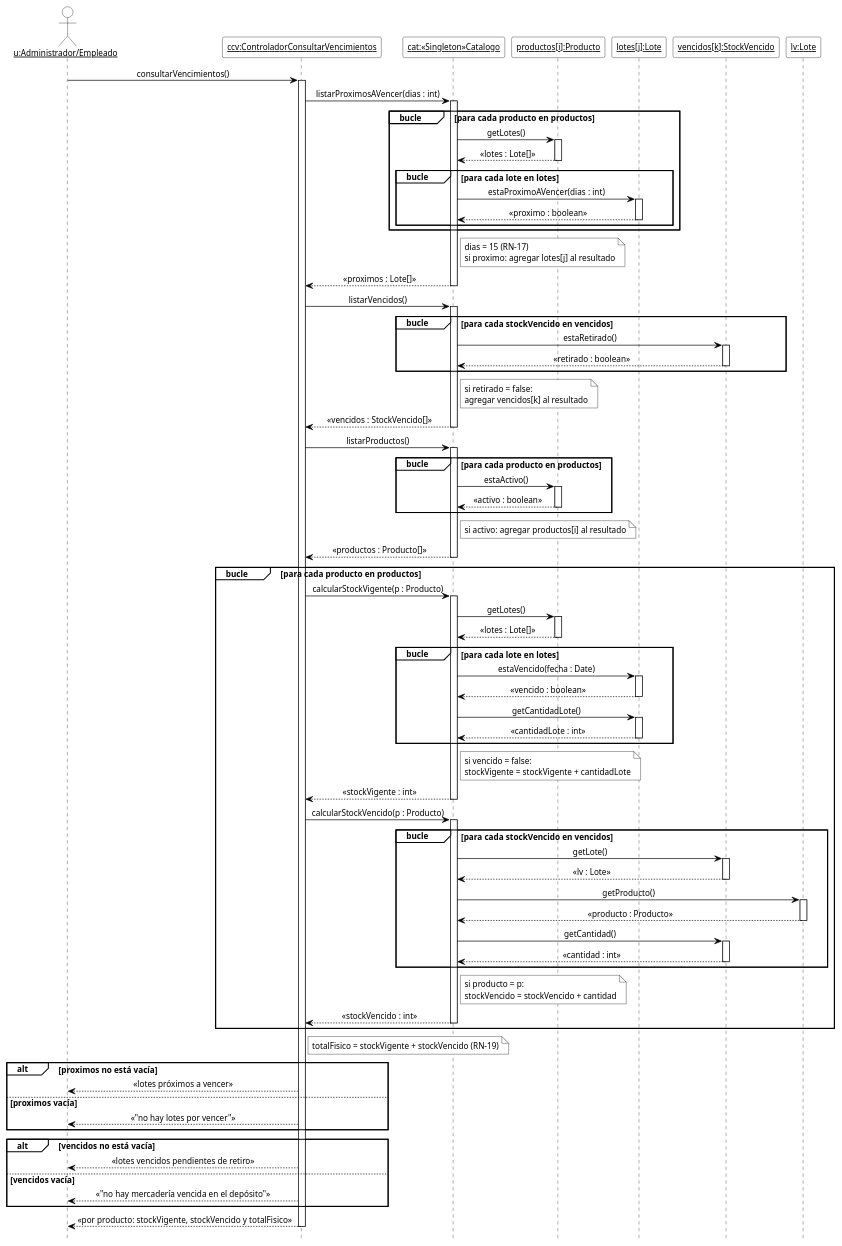
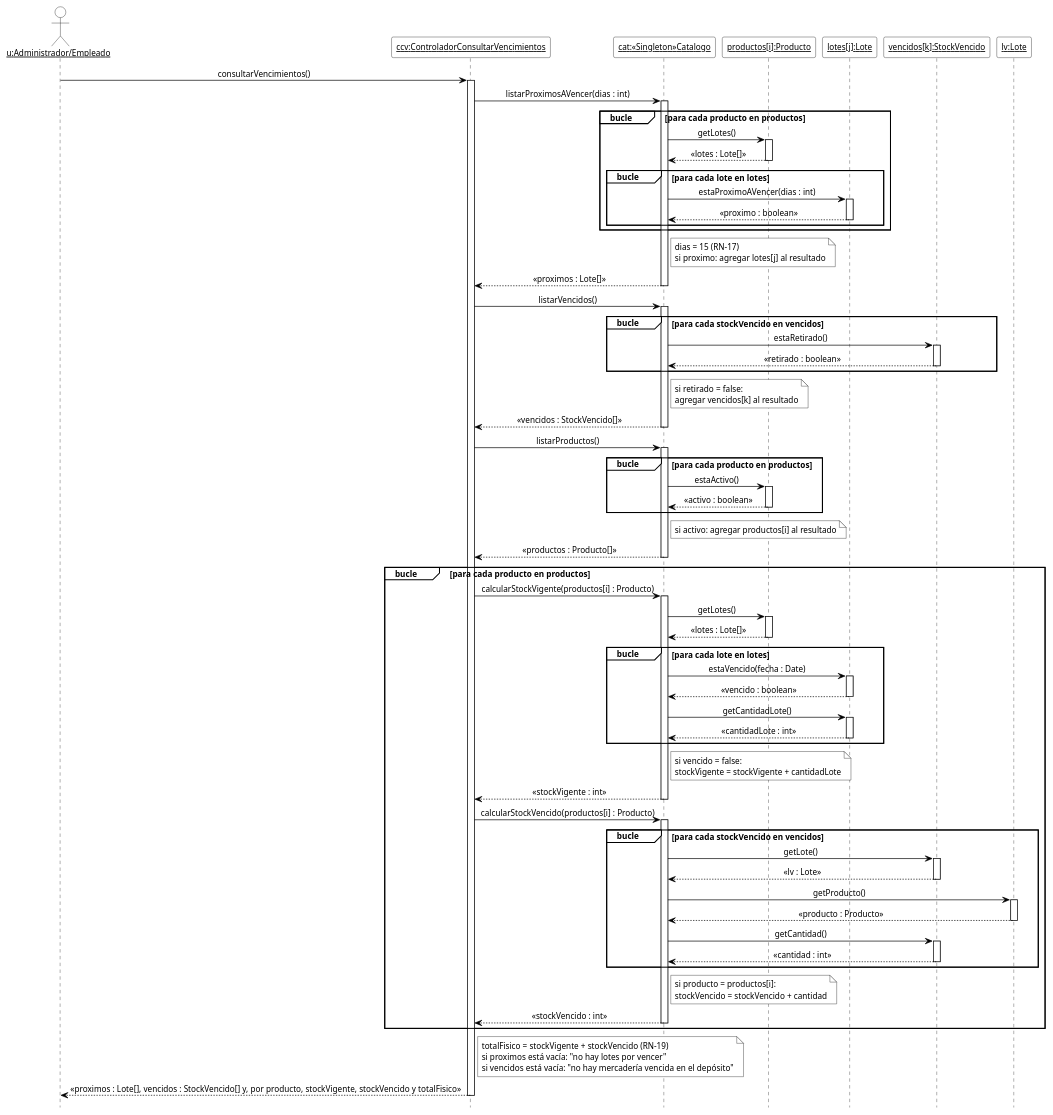
One commit to cirotop/Stock-Project changed the diagram in 08-Diagrama De Secuencia/DSD_CU-09_consultarVencimientos.puml. Above: the diagram before and after it, drawn with PlantUML. The commit also changed 6 other files, not shown here.

```diff
--- a/08-Diagrama De Secuencia/DSD_CU-09_consultarVencimientos.puml
+++ b/08-Diagrama De Secuencia/DSD_CU-09_consultarVencimientos.puml
@@ -1,95 +1,89 @@
 @startuml DSD_CU-09_consultarVencimientos
 ' Diagrama de Secuencia de Diseño (DSD) - CU-09 Consultar vencimientos y stock vencido - consultarVencimientos
 ' Estilo de los ejemplos de la teoría (introducirArticulo / crearNuevaVenta).
 hide footbox
 skinparam shadowing false
 skinparam defaultFontName Arial
 skinparam defaultFontSize 12
 skinparam sequenceMessageAlign center
 skinparam ArrowColor black
 skinparam ParticipantBackgroundColor white
 skinparam ParticipantBorderColor black
 skinparam CollectionsBackgroundColor white
 skinparam CollectionsBorderColor black
 skinparam ActorBackgroundColor white
 skinparam ActorBorderColor black
 skinparam LifeLineBorderColor black
 skinparam LifeLineBackgroundColor white
 skinparam SequenceGroupBackgroundColor white
 skinparam SequenceGroupBorderColor black
 skinparam SequenceGroupHeaderFontColor black
 skinparam NoteBackgroundColor white
 skinparam NoteBorderColor black
 
 actor "<u>u:Administrador/Empleado</u>" as u
 participant "<u>ccv:ControladorConsultarVencimientos</u>" as ccv
 participant "<u>cat:«Singleton»Catalogo</u>" as cat
 participant "<u>productos[i]:Producto</u>" as pi
 participant "<u>lotes[j]:Lote</u>" as li
 participant "<u>vencidos[k]:StockVencido</u>" as vi
 participant "<u>lv:Lote</u>" as lv
 
 u -> ccv ++ : consultarVencimientos()
 ccv -> cat ++ : listarProximosAVencer(dias : int)
 group bucle [para cada producto en productos]
   cat -> pi ++ : getLotes()
   pi --> cat -- : «lotes : Lote[]»
   group bucle [para cada lote en lotes]
     cat -> li ++ : estaProximoAVencer(dias : int)
     li --> cat -- : «proximo : boolean»
   end
 end
 note right of cat : dias = 15 (RN-17)\nsi proximo: agregar lotes[j] al resultado
 cat --> ccv -- : «proximos : Lote[]»
 ccv -> cat ++ : listarVencidos()
 group bucle [para cada stockVencido en vencidos]
   cat -> vi ++ : estaRetirado()
   vi --> cat -- : «retirado : boolean»
 end
 note right of cat : si retirado = false:\nagregar vencidos[k] al resultado
 cat --> ccv -- : «vencidos : StockVencido[]»
 ccv -> cat ++ : listarProductos()
 group bucle [para cada producto en productos]
   cat -> pi ++ : estaActivo()
   pi --> cat -- : «activo : boolean»
 end
 note right of cat : si activo: agregar productos[i] al resultado
 cat --> ccv -- : «productos : Producto[]»
 group bucle [para cada producto en productos]
-  ccv -> cat ++ : calcularStockVigente(p : Producto)
+  ccv -> cat ++ : calcularStockVigente(productos[i] : Producto)
   cat -> pi ++ : getLotes()
   pi --> cat -- : «lotes : Lote[]»
   group bucle [para cada lote en lotes]
     cat -> li ++ : estaVencido(fecha : Date)
     li --> cat -- : «vencido : boolean»
     cat -> li ++ : getCantidadLote()
     li --> cat -- : «cantidadLote : int»
   end
   note right of cat : si vencido = false:\nstockVigente = stockVigente + cantidadLote
   cat --> ccv -- : «stockVigente : int»
-  ccv -> cat ++ : calcularStockVencido(p : Producto)
+  ccv -> cat ++ : calcularStockVencido(productos[i] : Producto)
   group bucle [para cada stockVencido en vencidos]
     cat -> vi ++ : getLote()
     vi --> cat -- : «lv : Lote»
     cat -> lv ++ : getProducto()
     lv --> cat -- : «producto : Producto»
     cat -> vi ++ : getCantidad()
     vi --> cat -- : «cantidad : int»
   end
-  note right of cat : si producto = p:\nstockVencido = stockVencido + cantidad
+  note right of cat : si producto = productos[i]:\nstockVencido = stockVencido + cantidad
   cat --> ccv -- : «stockVencido : int»
 end
-note right of ccv : totalFisico = stockVigente + stockVencido (RN-19)
-alt proximos no está vacía
-  ccv --> u : «lotes próximos a vencer»
-else proximos vacía
-  ccv --> u : «"no hay lotes por vencer"»
-end
-alt vencidos no está vacía
-  ccv --> u : «lotes vencidos pendientes de retiro»
-else vencidos vacía
-  ccv --> u : «"no hay mercadería vencida en el depósito"»
-end
-ccv --> u -- : «por producto: stockVigente, stockVencido y totalFisico»
+note right of ccv
+  totalFisico = stockVigente + stockVencido (RN-19)
+  si proximos está vacía: "no hay lotes por vencer"
+  si vencidos está vacía: "no hay mercadería vencida en el depósito"
+end note
+ccv --> u -- : «proximos : Lote[], vencidos : StockVencido[] y, por producto, stockVigente, stockVencido y totalFisico»
 
 @enduml
```
